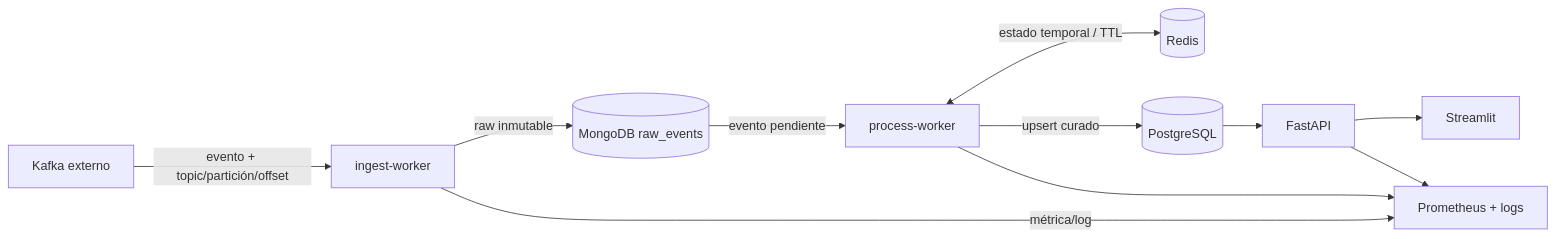
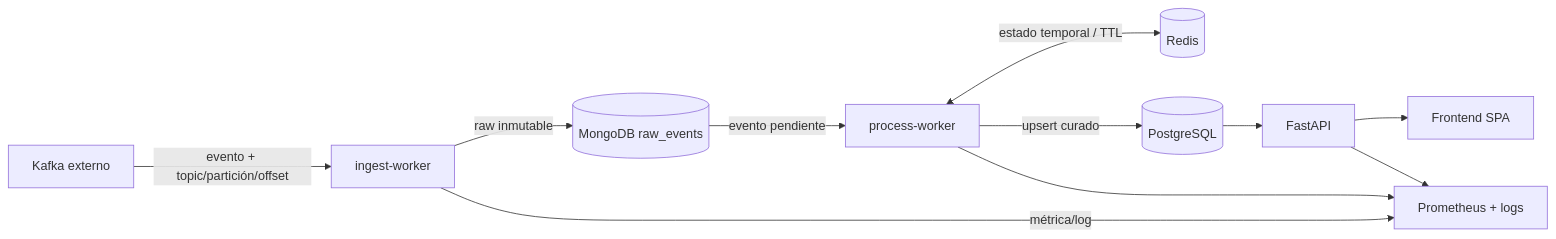
The diagram in docs/01-architecture.md (Bootcamp-IA-MAD-P7/Proyecto-DataEngineer-Grupo1), drawn with Mermaid before and after one commit. The commit also changed other lines of this file and 7 other files, not shown here.

````diff
--- a/docs/01-architecture.md
+++ b/docs/01-architecture.md
@@ -10,13 +10,13 @@
 ```mermaid
 flowchart LR
     K[Kafka externo] -->|evento + topic/partición/offset| I[ingest-worker]
     I -->|raw inmutable| M[(MongoDB raw_events)]
     I -->|métrica/log| O[Prometheus + logs]
     M -->|evento pendiente| P[process-worker]
     P <-->|estado temporal / TTL| R[(Redis)]
     P -->|upsert curado| SQL[(PostgreSQL)]
     P --> O
     SQL --> A[FastAPI]
-    A --> UI[Streamlit]
+    A --> UI[Frontend SPA]
     A --> O
 ```
````
